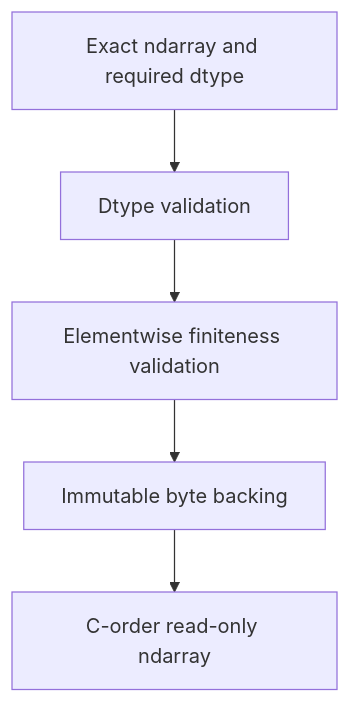
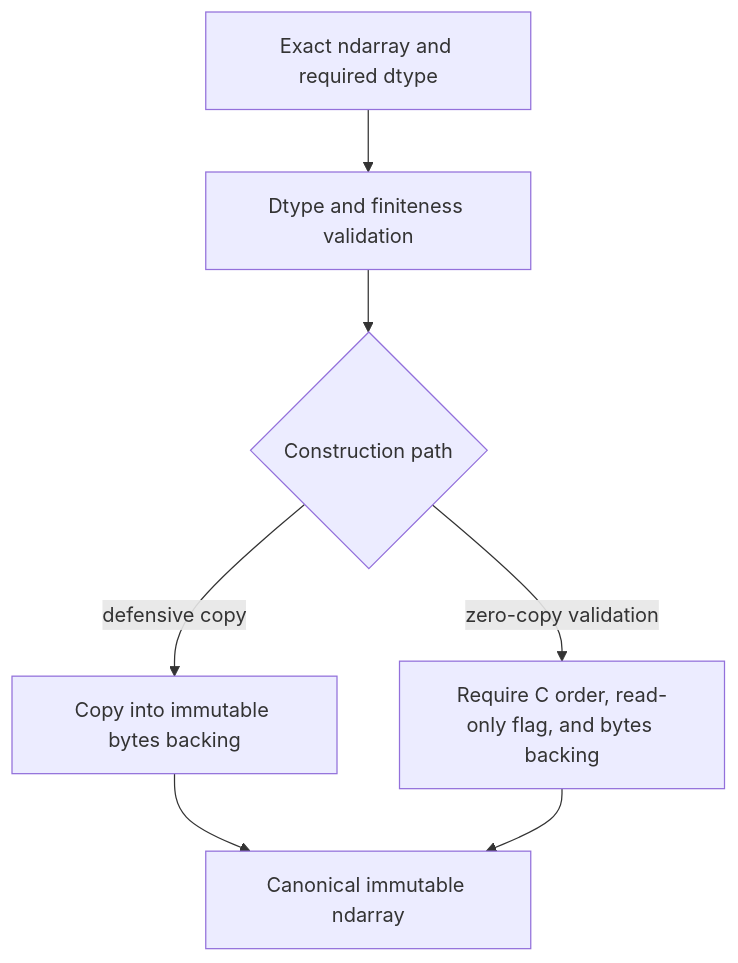
The diagram in docs/architecture/projectkoios/numerics/numpy/validation/schematics.md (eragasa/projectkoios-optimization), drawn with Mermaid before and after one commit. The commit also changed 31 other files, not shown here.

Commit message:
refactor: make batched Procrustes construction immutable

````diff
--- a/docs/architecture/projectkoios/numerics/numpy/validation/schematics.md
+++ b/docs/architecture/projectkoios/numerics/numpy/validation/schematics.md
@@ -3,7 +3,9 @@
 ```mermaid
 flowchart TD
-    Input[Exact ndarray and required dtype] --> Dtype[Dtype validation]
-    Dtype --> Finite[Elementwise finiteness validation]
-    Finite --> Bytes[Immutable byte backing]
-    Bytes --> Copy[C-order read-only ndarray]
+    Input[Exact ndarray and required dtype] --> Dtype[Dtype and finiteness validation]
+    Dtype --> Copy{Construction path}
+    Copy -->|defensive copy| Bytes[Copy into immutable bytes backing]
+    Copy -->|zero-copy validation| Canonical[Require C order, read-only flag, and bytes backing]
+    Bytes --> Array[Canonical immutable ndarray]
+    Canonical --> Array
 ```
````
